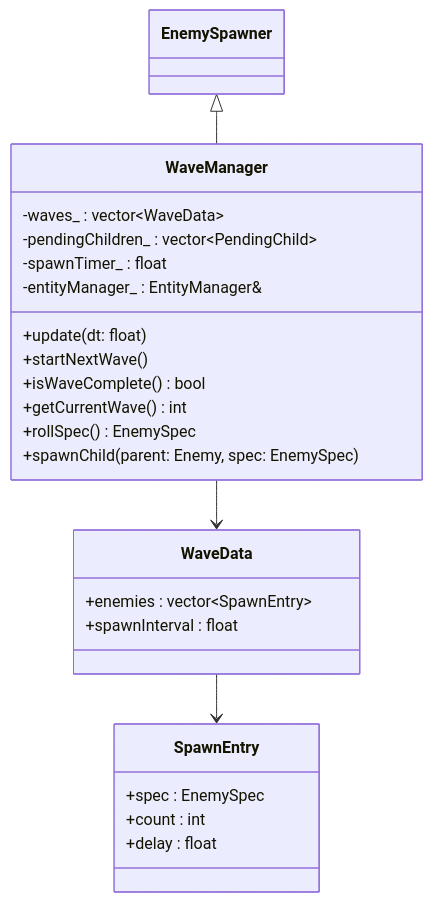
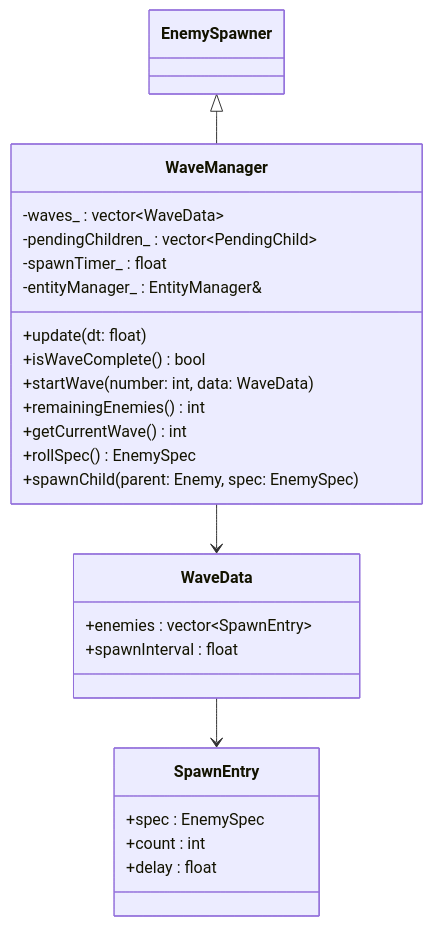
The eighth of 11 diagrams in docs/architecture.md (chuipagro/defender), drawn with Mermaid before and after one commit. The commit also changed other lines of this file and 67 other files, not shown here.

````diff
--- a/docs/architecture.md
+++ b/docs/architecture.md
@@ -309,30 +393,31 @@
 ```mermaid
 classDiagram
     class WaveManager {
         +update(dt: float)
-        +startNextWave()
         +isWaveComplete() bool
+        +startWave(number: int, data: WaveData)
+        +remainingEnemies() int
         +getCurrentWave() int
         +rollSpec() EnemySpec
         +spawnChild(parent: Enemy, spec: EnemySpec)
         -waves_ : vector~WaveData~
         -pendingChildren_ : vector~PendingChild~
         -spawnTimer_ : float
         -entityManager_ : EntityManager&
     }
 
     class WaveData {
         +enemies : vector~SpawnEntry~
         +spawnInterval : float
     }
 
     class SpawnEntry {
         +spec : EnemySpec
         +count : int
         +delay : float
     }
 
     WaveManager --> WaveData
     WaveData --> SpawnEntry
     EnemySpawner <|-- WaveManager
 ```
````
